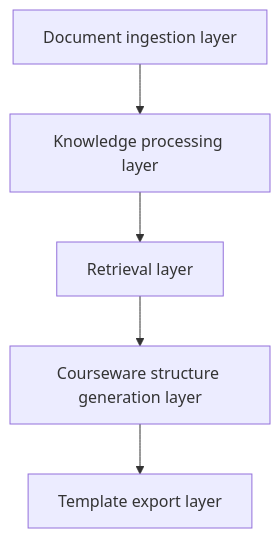
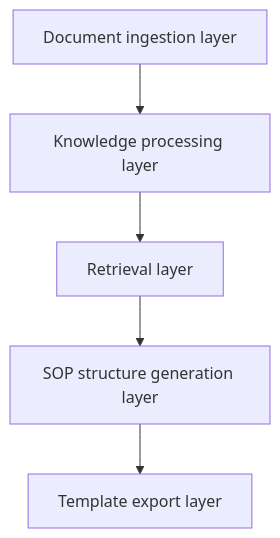
Before and after one commit to oudbiao/AI-fullstack-course: the second of 2 diagrams in docs/ch08-rag/ch05-projects/04-courseware-assistant.md, drawn with Mermaid. The commit also changed other lines of this file and 14 other files, not shown here.

````diff
--- a/docs/ch08-rag/ch05-projects/04-courseware-assistant.md
+++ b/docs/ch08-rag/ch05-projects/04-courseware-assistant.md
@@ -196,7 +209,7 @@
 ```mermaid
 flowchart TD
     A["Document ingestion layer"] --> B["Knowledge processing layer"]
     B --> C["Retrieval layer"]
-    C --> D["Courseware structure generation layer"]
+    C --> D["SOP structure generation layer"]
     D --> E["Template export layer"]
 ```
````
